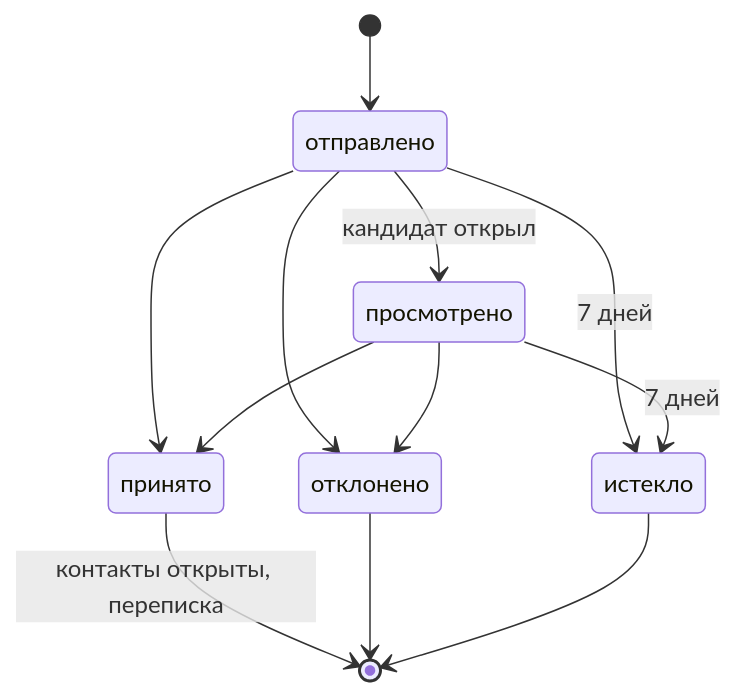
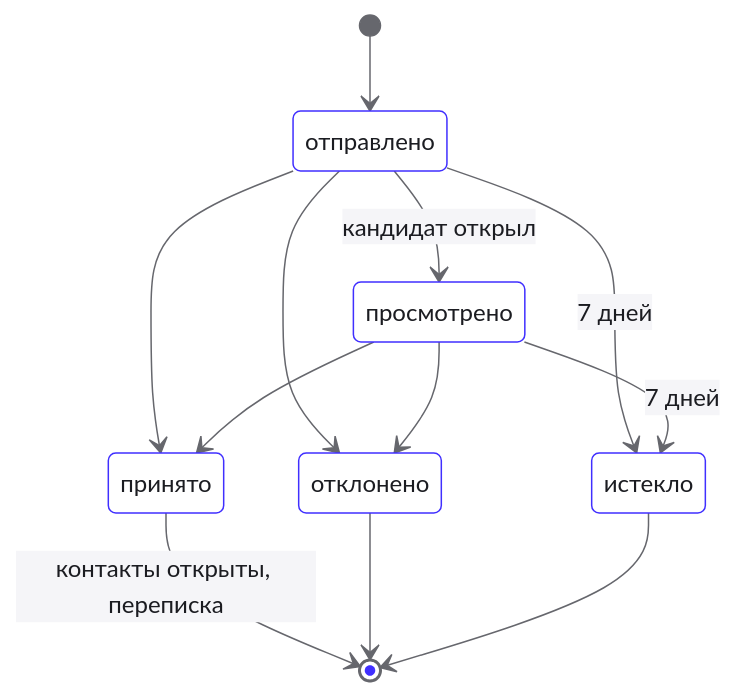
The diagram in docs/api.md (GoatWhistle/lct-fsp), drawn with Mermaid before and after one commit. The commit also changed 143 other files, not shown here.

````diff
--- a/docs/api.md
+++ b/docs/api.md
@@ -168,19 +168,20 @@
 ```mermaid
+%%{init: {"theme":"base","themeVariables":{"primaryColor":"#ffffff","primaryTextColor":"#1b1c21","primaryBorderColor":"#402fff","secondaryColor":"#f5f5f8","tertiaryColor":"#f5f5f8","lineColor":"#66676d","textColor":"#1b1c21","noteBkgColor":"#f5f5f8","noteTextColor":"#55565c","actorBkg":"#ffffff","actorBorder":"#402fff","fontFamily":"Onest Variable"}}}%%
 stateDiagram-v2
     state "отправлено" as sent
     state "просмотрено" as viewed
     state "принято" as accepted
     state "отклонено" as declined
     state "истекло" as expired
     [*] --> sent
     sent --> viewed: кандидат открыл
     sent --> accepted
     sent --> declined
     sent --> expired: 7 дней
     viewed --> accepted
     viewed --> declined
     viewed --> expired: 7 дней
     accepted --> [*]: контакты открыты, переписка
     declined --> [*]
     expired --> [*]
 ```
````
